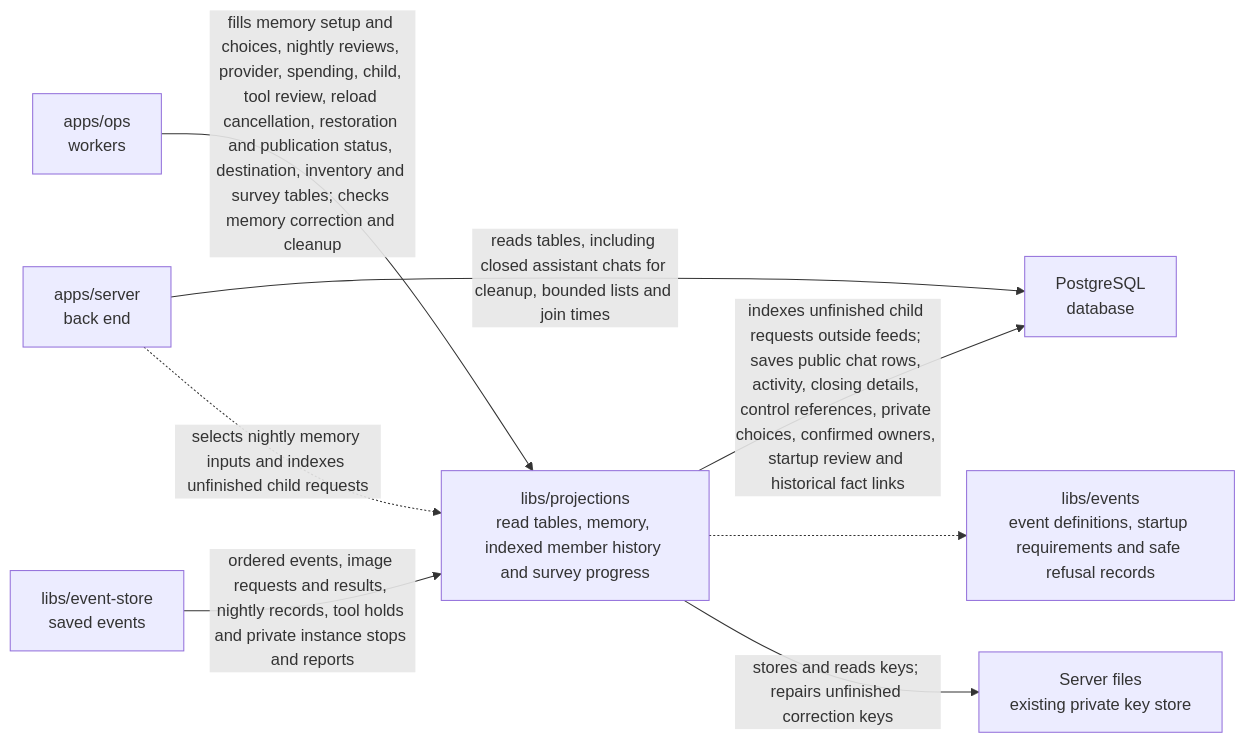
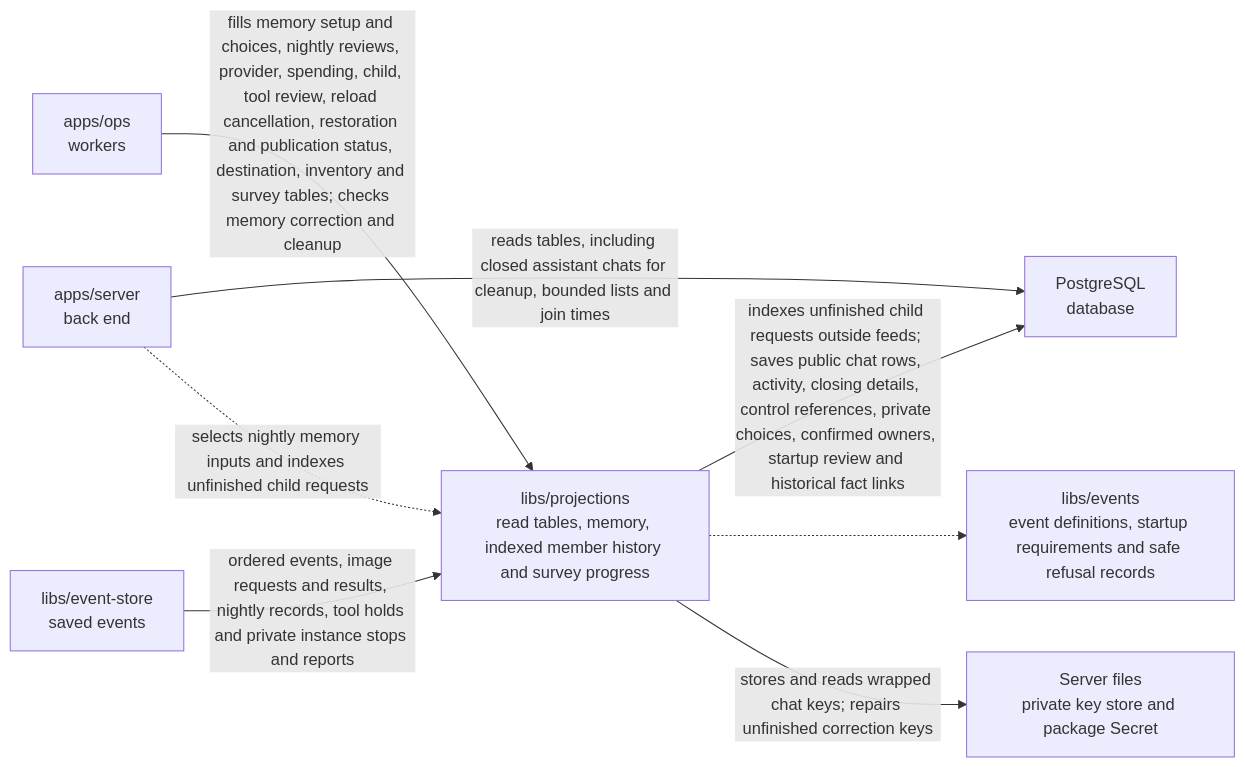
Before and after one commit to elewa-git/opencrane-new: the diagram in libs/projections/README.md, drawn with Mermaid. The commit also changed other lines of this file and 33 other files, not shown here.

````diff
--- a/libs/projections/README.md
+++ b/libs/projections/README.md
@@ -23,10 +23,10 @@
 ```mermaid
 flowchart LR
   ops["apps/ops<br/>workers"] -->|fills memory setup and choices, nightly reviews, provider, spending, child, tool review, reload cancellation, restoration and publication status, destination, inventory and survey tables; checks memory correction and cleanup| projections["libs/projections<br/>read tables, memory, indexed member history and survey progress"]
   server["apps/server<br/>back end"] -->|reads tables, including closed assistant chats for cleanup, bounded lists and join times| pg["PostgreSQL<br/>database"]
   projections -->|indexes unfinished child requests outside feeds; saves public chat rows, activity, closing details, control references, private choices, confirmed owners, startup review and historical fact links| pg
   store["libs/event-store<br/>saved events"] -->|ordered events, image requests and results, nightly records, tool holds and private instance stops and reports| projections
   server -.->|selects nightly memory inputs and indexes unfinished child requests| projections
   projections -.-> events["libs/events<br/>event definitions, startup requirements and safe refusal records"]
-  projections -->|stores and reads keys; repairs unfinished correction keys| keys["Server files<br/>existing private key store"]
+  projections -->|stores and reads wrapped chat keys; repairs unfinished correction keys| keys["Server files<br/>private key store and package Secret"]
 ```
````
